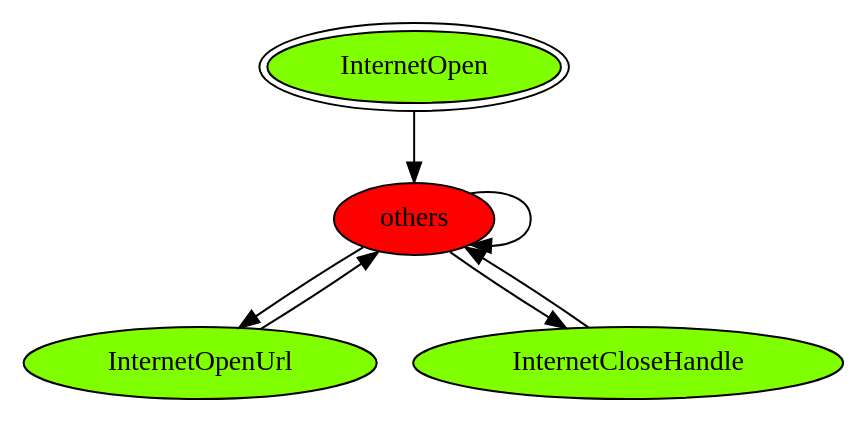
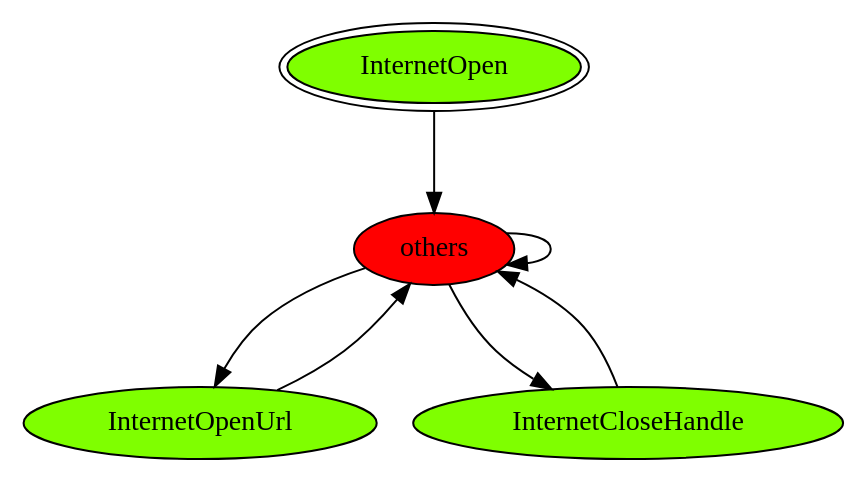
Before and after one commit to reverseame/windows-behavior-catalog: the diagram in [OC0006] Communication/[C0005] WinINet Communication/[C0005.003] InternetOpenURL/gv/InternetOpenUrl.exe_4564_Windows Internet (WinINet)_API_per_Category_Transition_Matrix.gv, drawn with Graphviz. The commit also changed 220 other files, not shown here.

```diff
--- a/[OC0006] Communication/[C0005] WinINet Communication/[C0005.003] InternetOpenURL/gv/InternetOpenUrl.exe_4564_Windows Internet (WinINet)_API_per_Category_Transition_Matrix.gv
+++ b/[OC0006] Communication/[C0005] WinINet Communication/[C0005.003] InternetOpenURL/gv/InternetOpenUrl.exe_4564_Windows Internet (WinINet)_API_per_Category_Transition_Matrix.gv
@@ -1,12 +1,12 @@
 digraph "./REPORTS/6755/API_PER_CATEGORY/InternetOpenUrl.exe_4564_Windows Internet (WinINet)_API_per_Category_Transition_Matrix" {
 	InternetOpen [label=InternetOpen fillcolor=chartreuse peripheries=2 style=filled]
 	others [label=others fillcolor=red style=filled]
-	InternetOpen -> others [label=""]
-	others -> others [label=""]
+	InternetOpen -> others [label=1.0 fontcolor=white]
+	others -> others [label=0.998 fontcolor=white]
 	InternetOpenUrl [label=InternetOpenUrl fillcolor=chartreuse style=filled]
-	others -> InternetOpenUrl [label=""]
+	others -> InternetOpenUrl [label=0.001 fontcolor=white]
 	InternetCloseHandle [label=InternetCloseHandle fillcolor=chartreuse style=filled]
-	others -> InternetCloseHandle [label=""]
-	InternetOpenUrl -> others [label=""]
-	InternetCloseHandle -> others [label=""]
+	others -> InternetCloseHandle [label=0.001 fontcolor=white]
+	InternetOpenUrl -> others [label=1.0 fontcolor=white]
+	InternetCloseHandle -> others [label=1.0 fontcolor=white]
 }
```
